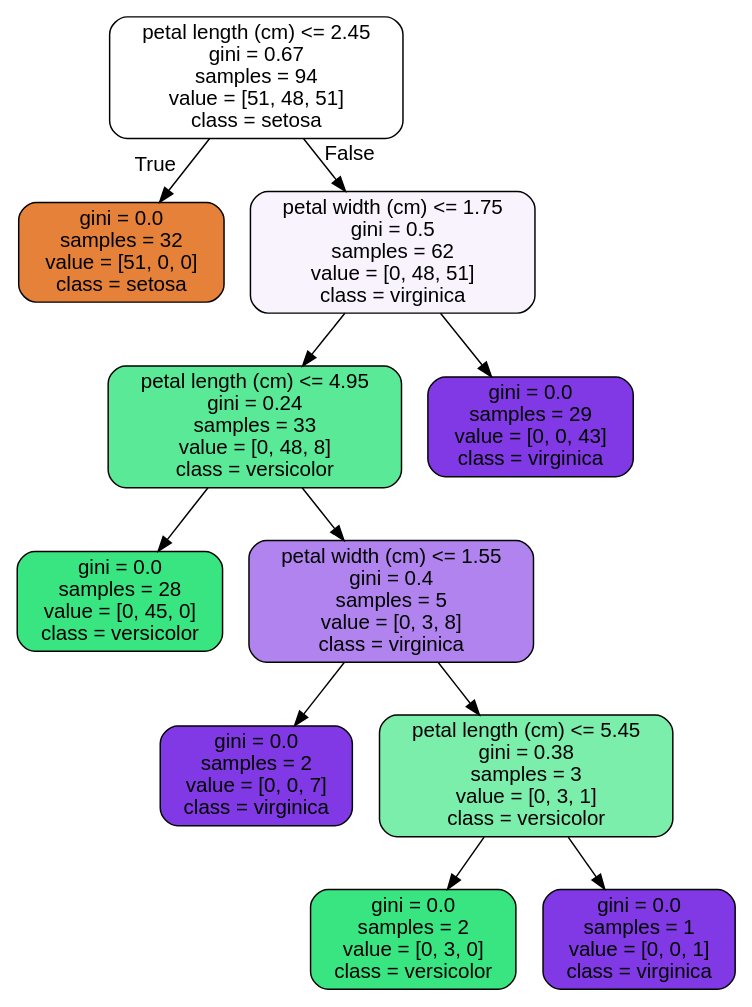
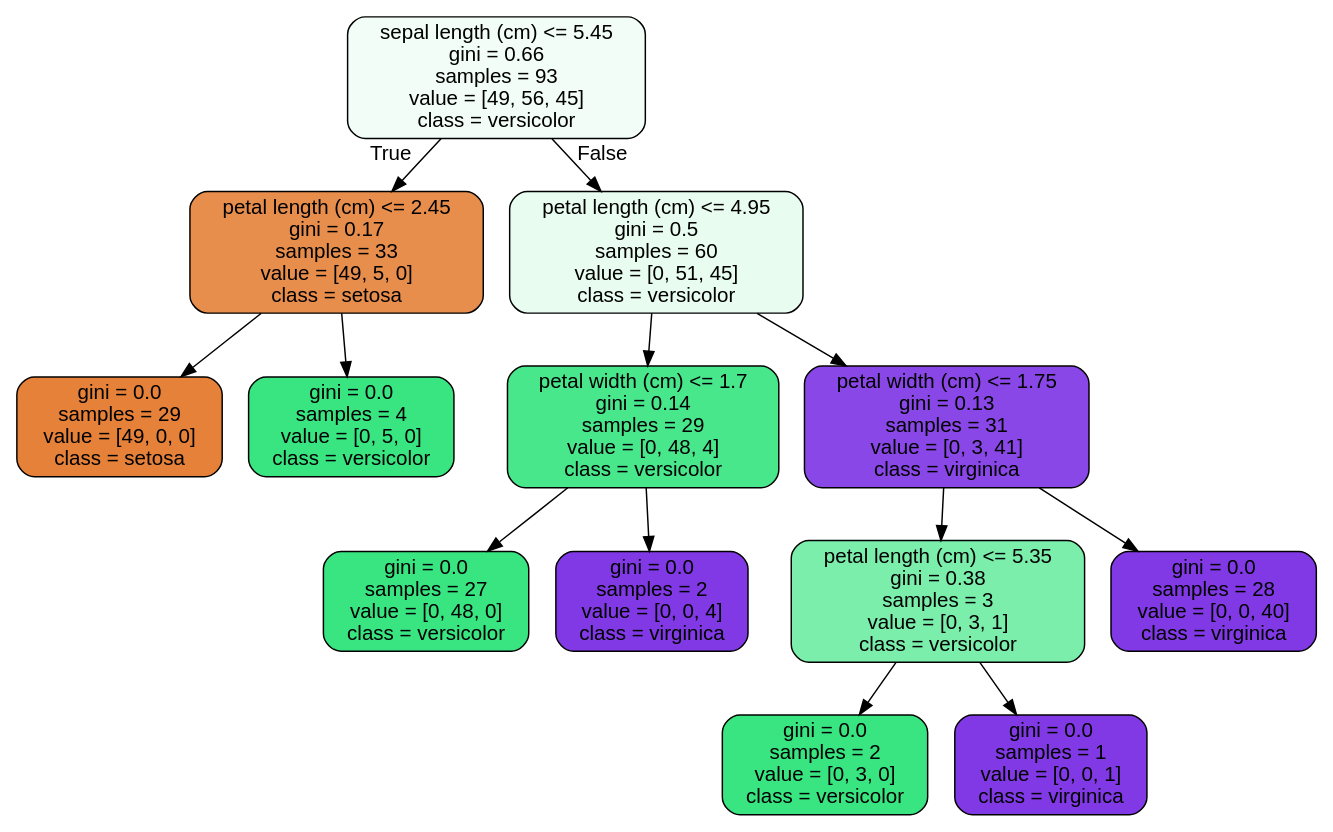
The diagram in Homework/14.4 RandomForest Covid Case Study/tree.dot (stonewatertx/Springboard_GitHub), drawn with Graphviz before and after one commit. The commit also changed 3 other files, not shown here.

```diff
--- a/Homework/14.4 RandomForest Covid Case Study/tree.dot
+++ b/Homework/14.4 RandomForest Covid Case Study/tree.dot
@@ -1,25 +1,29 @@
 digraph Tree {
 node [shape=box, style="filled, rounded", color="black", fontname=helvetica] ;
 edge [fontname=helvetica] ;
-0 [label="petal length (cm) <= 2.45\ngini = 0.67\nsamples = 94\nvalue = [51, 48, 51]\nclass = setosa", fillcolor="#ffffff"] ;
-1 [label="gini = 0.0\nsamples = 32\nvalue = [51, 0, 0]\nclass = setosa", fillcolor="#e58139"] ;
+0 [label="sepal length (cm) <= 5.45\ngini = 0.66\nsamples = 93\nvalue = [49, 56, 45]\nclass = versicolor", fillcolor="#f1fdf6"] ;
+1 [label="petal length (cm) <= 2.45\ngini = 0.17\nsamples = 33\nvalue = [49, 5, 0]\nclass = setosa", fillcolor="#e88e4d"] ;
 0 -> 1 [labeldistance=2.5, labelangle=45, headlabel="True"] ;
-2 [label="petal width (cm) <= 1.75\ngini = 0.5\nsamples = 62\nvalue = [0, 48, 51]\nclass = virginica", fillcolor="#f8f3fd"] ;
-0 -> 2 [labeldistance=2.5, labelangle=-45, headlabel="False"] ;
-3 [label="petal length (cm) <= 4.95\ngini = 0.24\nsamples = 33\nvalue = [0, 48, 8]\nclass = versicolor", fillcolor="#5ae996"] ;
-2 -> 3 ;
-4 [label="gini = 0.0\nsamples = 28\nvalue = [0, 45, 0]\nclass = versicolor", fillcolor="#39e581"] ;
-3 -> 4 ;
-5 [label="petal width (cm) <= 1.55\ngini = 0.4\nsamples = 5\nvalue = [0, 3, 8]\nclass = virginica", fillcolor="#b083ef"] ;
-3 -> 5 ;
-6 [label="gini = 0.0\nsamples = 2\nvalue = [0, 0, 7]\nclass = virginica", fillcolor="#8139e5"] ;
+2 [label="gini = 0.0\nsamples = 29\nvalue = [49, 0, 0]\nclass = setosa", fillcolor="#e58139"] ;
+1 -> 2 ;
+3 [label="gini = 0.0\nsamples = 4\nvalue = [0, 5, 0]\nclass = versicolor", fillcolor="#39e581"] ;
+1 -> 3 ;
+4 [label="petal length (cm) <= 4.95\ngini = 0.5\nsamples = 60\nvalue = [0, 51, 45]\nclass = versicolor", fillcolor="#e8fcf0"] ;
+0 -> 4 [labeldistance=2.5, labelangle=-45, headlabel="False"] ;
+5 [label="petal width (cm) <= 1.7\ngini = 0.14\nsamples = 29\nvalue = [0, 48, 4]\nclass = versicolor", fillcolor="#49e78c"] ;
+4 -> 5 ;
+6 [label="gini = 0.0\nsamples = 27\nvalue = [0, 48, 0]\nclass = versicolor", fillcolor="#39e581"] ;
 5 -> 6 ;
-7 [label="petal length (cm) <= 5.45\ngini = 0.38\nsamples = 3\nvalue = [0, 3, 1]\nclass = versicolor", fillcolor="#7beeab"] ;
+7 [label="gini = 0.0\nsamples = 2\nvalue = [0, 0, 4]\nclass = virginica", fillcolor="#8139e5"] ;
 5 -> 7 ;
-8 [label="gini = 0.0\nsamples = 2\nvalue = [0, 3, 0]\nclass = versicolor", fillcolor="#39e581"] ;
-7 -> 8 ;
-9 [label="gini = 0.0\nsamples = 1\nvalue = [0, 0, 1]\nclass = virginica", fillcolor="#8139e5"] ;
-7 -> 9 ;
-10 [label="gini = 0.0\nsamples = 29\nvalue = [0, 0, 43]\nclass = virginica", fillcolor="#8139e5"] ;
-2 -> 10 ;
+8 [label="petal width (cm) <= 1.75\ngini = 0.13\nsamples = 31\nvalue = [0, 3, 41]\nclass = virginica", fillcolor="#8a47e7"] ;
+4 -> 8 ;
+9 [label="petal length (cm) <= 5.35\ngini = 0.38\nsamples = 3\nvalue = [0, 3, 1]\nclass = versicolor", fillcolor="#7beeab"] ;
+8 -> 9 ;
+10 [label="gini = 0.0\nsamples = 2\nvalue = [0, 3, 0]\nclass = versicolor", fillcolor="#39e581"] ;
+9 -> 10 ;
+11 [label="gini = 0.0\nsamples = 1\nvalue = [0, 0, 1]\nclass = virginica", fillcolor="#8139e5"] ;
+9 -> 11 ;
+12 [label="gini = 0.0\nsamples = 28\nvalue = [0, 0, 40]\nclass = virginica", fillcolor="#8139e5"] ;
+8 -> 12 ;
 }
```
